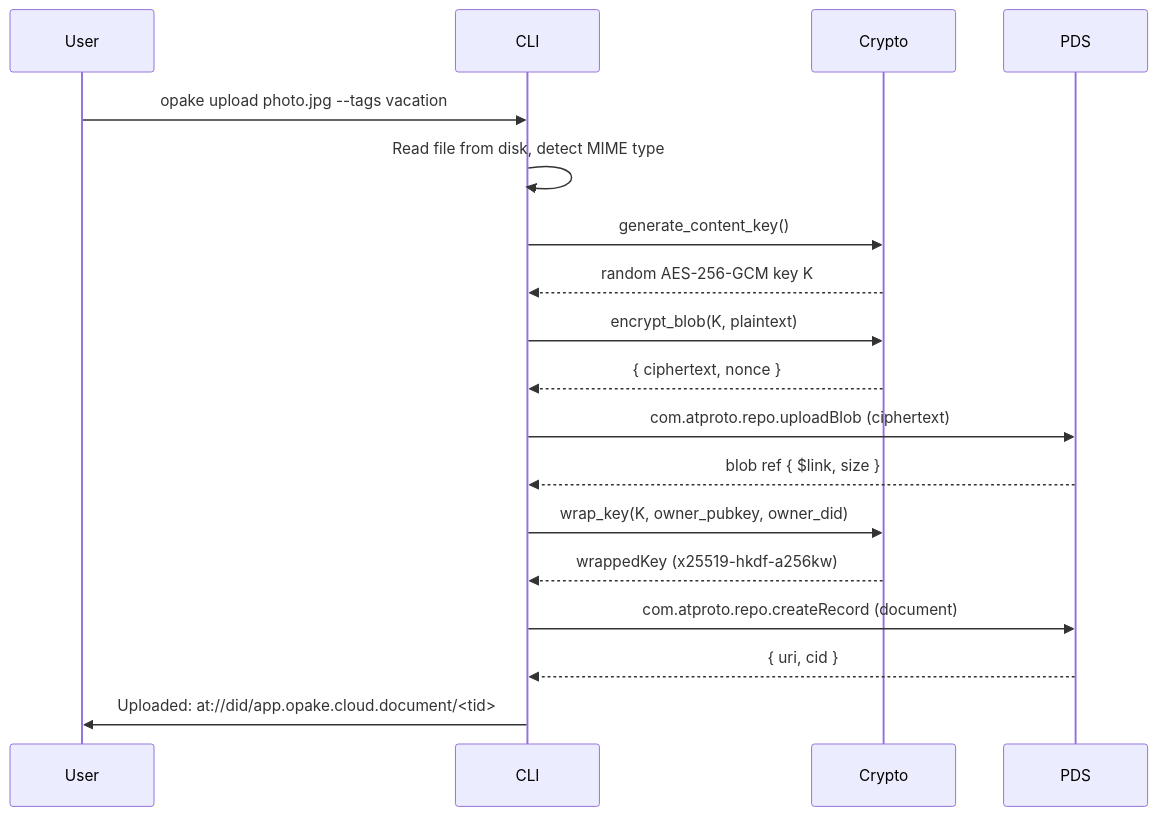
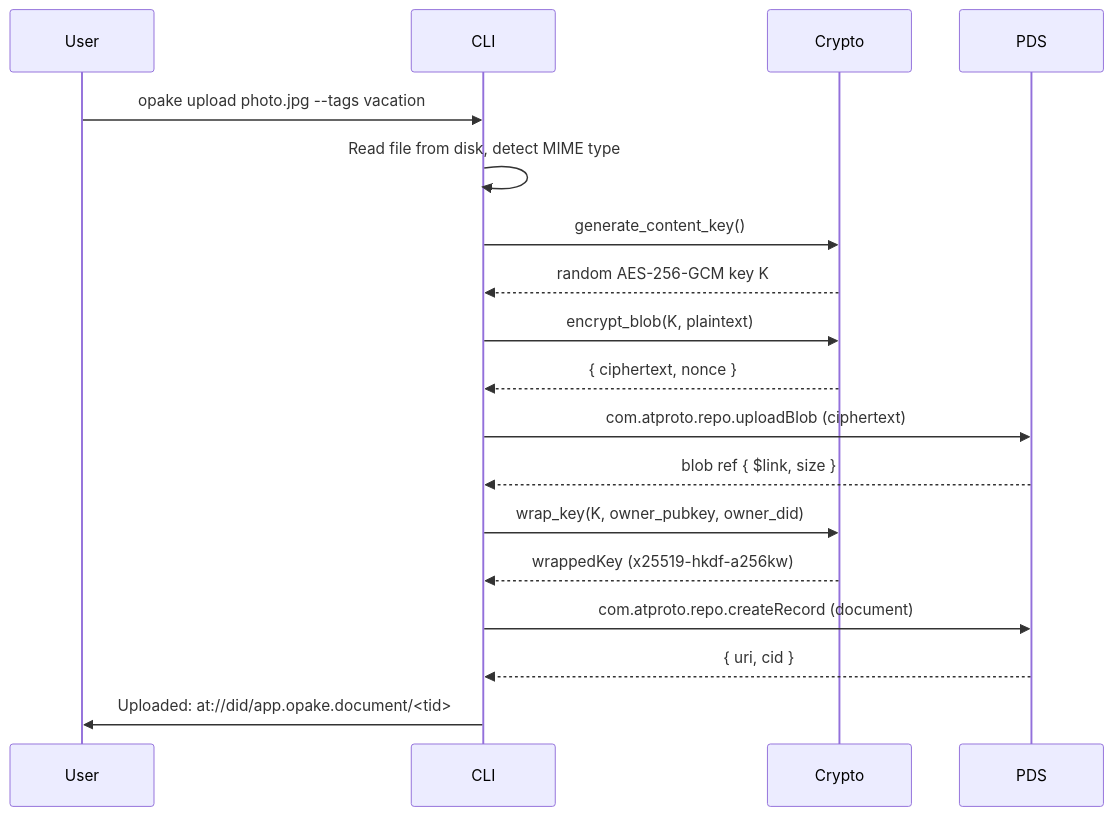
The first of 5 diagrams in docs/flows/documents.md (Sans-Self/Opake), drawn with Mermaid before and after one commit. The commit also changed 77 other files, not shown here.

First line of the commit message:
Rename app.opake.cloud.* → app.opake.* and version → opakeVersion

````diff
--- a/docs/flows/documents.md
+++ b/docs/flows/documents.md
@@ -7,27 +7,27 @@
 ```mermaid
 sequenceDiagram
     participant User
     participant CLI
     participant Crypto
     participant PDS
 
     User->>CLI: opake upload photo.jpg --tags vacation
 
     CLI->>CLI: Read file from disk, detect MIME type
     CLI->>Crypto: generate_content_key()
     Crypto-->>CLI: random AES-256-GCM key K
 
     CLI->>Crypto: encrypt_blob(K, plaintext)
     Crypto-->>CLI: { ciphertext, nonce }
 
     CLI->>PDS: com.atproto.repo.uploadBlob (ciphertext)
     PDS-->>CLI: blob ref { $link, size }
 
     CLI->>Crypto: wrap_key(K, owner_pubkey, owner_did)
     Crypto-->>CLI: wrappedKey (x25519-hkdf-a256kw)
 
     CLI->>PDS: com.atproto.repo.createRecord (document)
     PDS-->>CLI: { uri, cid }
 
-    CLI->>User: Uploaded: at://did/app.opake.cloud.document/<tid>
+    CLI->>User: Uploaded: at://did/app.opake.document/<tid>
 ```
````
